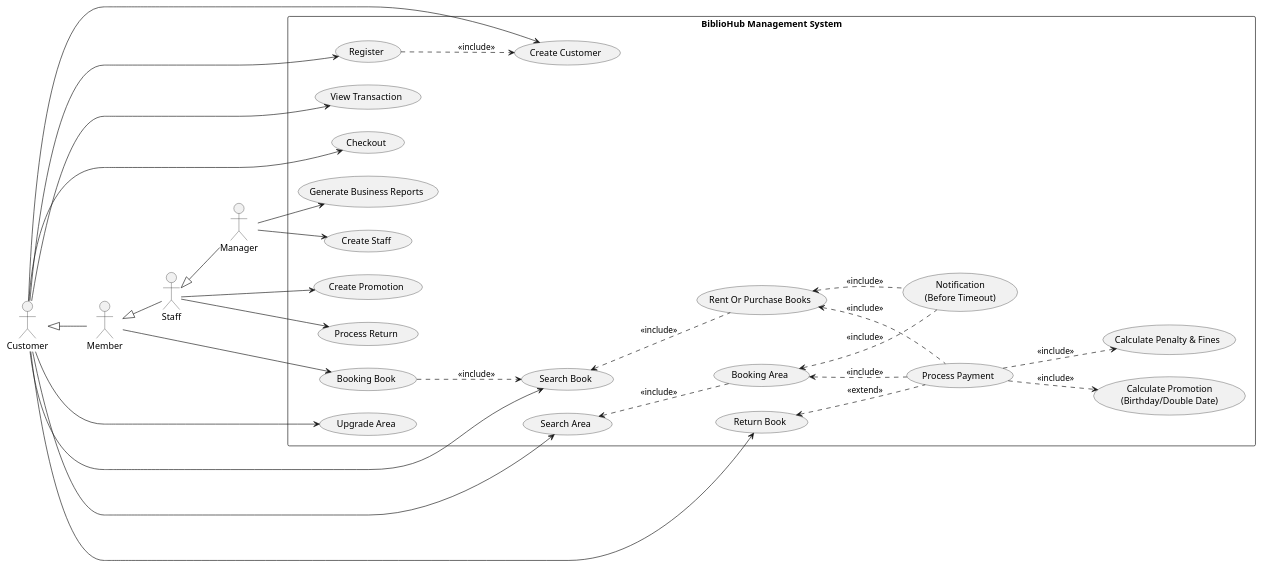
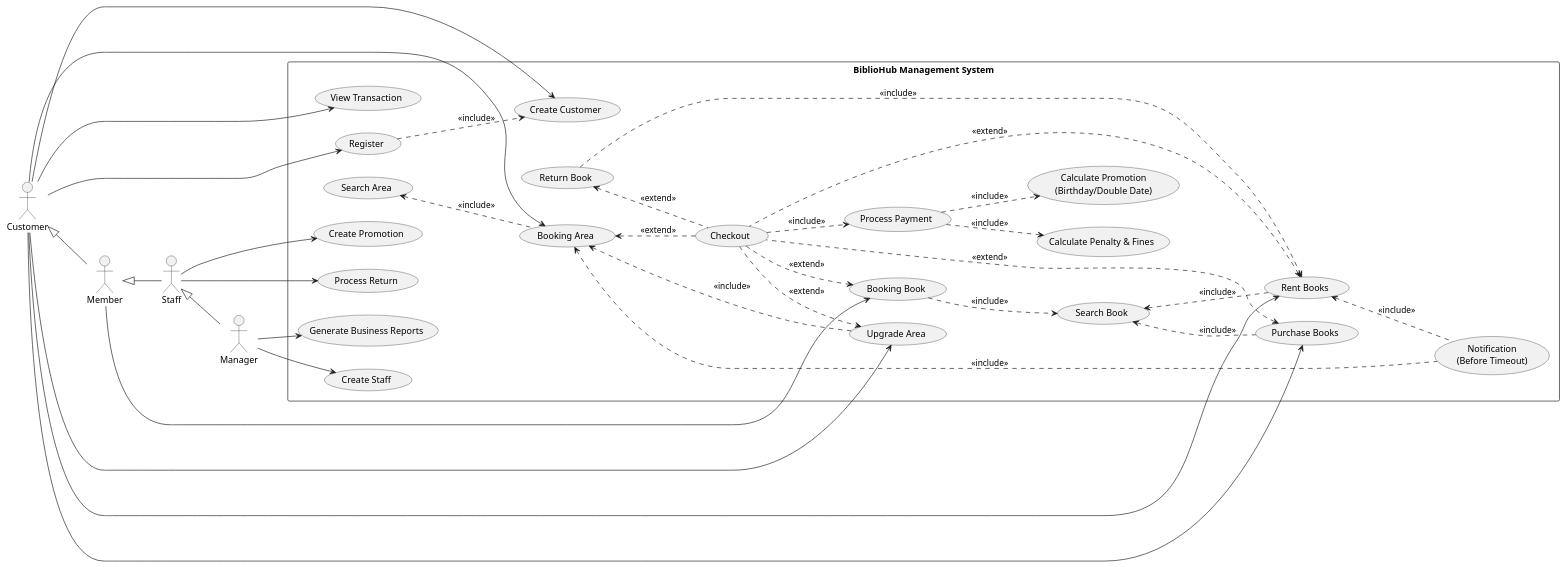
Before and after one commit to NadtaphumBadkhunthod/OOP: the diagram in mermaid/usecase.puml, drawn with PlantUML.

Commit message:
pls be lastone

```diff
--- a/mermaid/usecase.puml
+++ b/mermaid/usecase.puml
@@ -1,78 +1,85 @@
 @startuml
 left to right direction
 skinparam packageStyle rectangle
 
 
 actor "Customer" as G
 actor "Member" as M
 actor "Staff" as S
 actor "Manager" as MG
 
 ' Actor Inheritance
 
 G <|-- M
 M <|-- S
 S <|-- MG
 
 rectangle "BiblioHub Management System" {
     ' Resource Operations
     usecase "Booking Area" as UCS3
     usecase "Upgrade Area" as UC4
-    usecase "Rent Or Purchase Books" as RPB1
+    usecase "Rent Books" as RB1
+    usecase "Purchase Books" as PB1
     usecase "Search Book" as SB1
     usecase "Search Area" as SS1
-    usecase "Return Book" as RB1
+    usecase "Return Book" as REB1
     usecase "Booking Book" as BB1
     usecase "Register" as RG1
     usecase "View Transaction" as VT1
     usecase "Create Promotion" as CP1
 
     
     ' Billing & Logic
     usecase "Checkout" as CheckoutCC1
     usecase "Process Payment" as UC6
     usecase "Notification\n(Before Timeout)" as Notification
     usecase "Calculate Promotion\n(Birthday/Double Date)" as UC7
     usecase "Calculate Penalty & Fines" as UC8
     usecase "Create Customer" as CC1
     usecase "Create Staff" as CS1
     
     ' Management
     usecase "Process Return" as UC9
     
     usecase "Generate Business Reports" as UC10
 
 
     ' Relationships
-    G --> SB1
-    G --> SS1
-    G --> RB1
+    G --> RB1 
+    G --> PB1 
     G --> RG1
-    G --> CheckoutCC1
     G --> UC4
     G --> CC1
     G --> VT1
+    G --> UCS3
     M --> BB1
     
     ' Extend & Include
+    SB1 <..  RB1 : <<include>>
+    SB1 <..  PB1 : <<include>>
+    CheckoutCC1 ..> UC6: <<include>>
+    CheckoutCC1 ..> BB1: <<extend>>
     RG1 ..> CC1 : <<include>>
     BB1 ..> SB1 : <<include>>
     UC6 ..> UC7 : <<include>>
     UC6 ..> UC8 : <<include>>
-    RPB1 <.. UC6 : <<include>>
-    UCS3 <.. UC6 : <<include>>
+    REB1 ..> RB1 : <<include>>
+    RB1 <.. CheckoutCC1: <<extend>>
+    PB1 <.. CheckoutCC1: <<extend>>
+    UCS3 <.. CheckoutCC1: <<extend>>
     UCS3 <.. Notification : <<include>>
-    RPB1 <.. Notification : <<include>>
-    RB1 <.. UC6 : <<extend>>
-    SB1 <..  RPB1 : <<include>>
+    RB1 <.. Notification : <<include>>
+    REB1 <.. CheckoutCC1: <<extend>>
     SS1 <.. UCS3 : <<include>>
+    CheckoutCC1 ..> UC4: <<extend>>
+    UC4 ..> UCS3: <<include>>
 
     
     S --> UC9
     S --> CP1
     MG --> CS1
     
     MG --> UC10
 
 }
 @enduml
```
